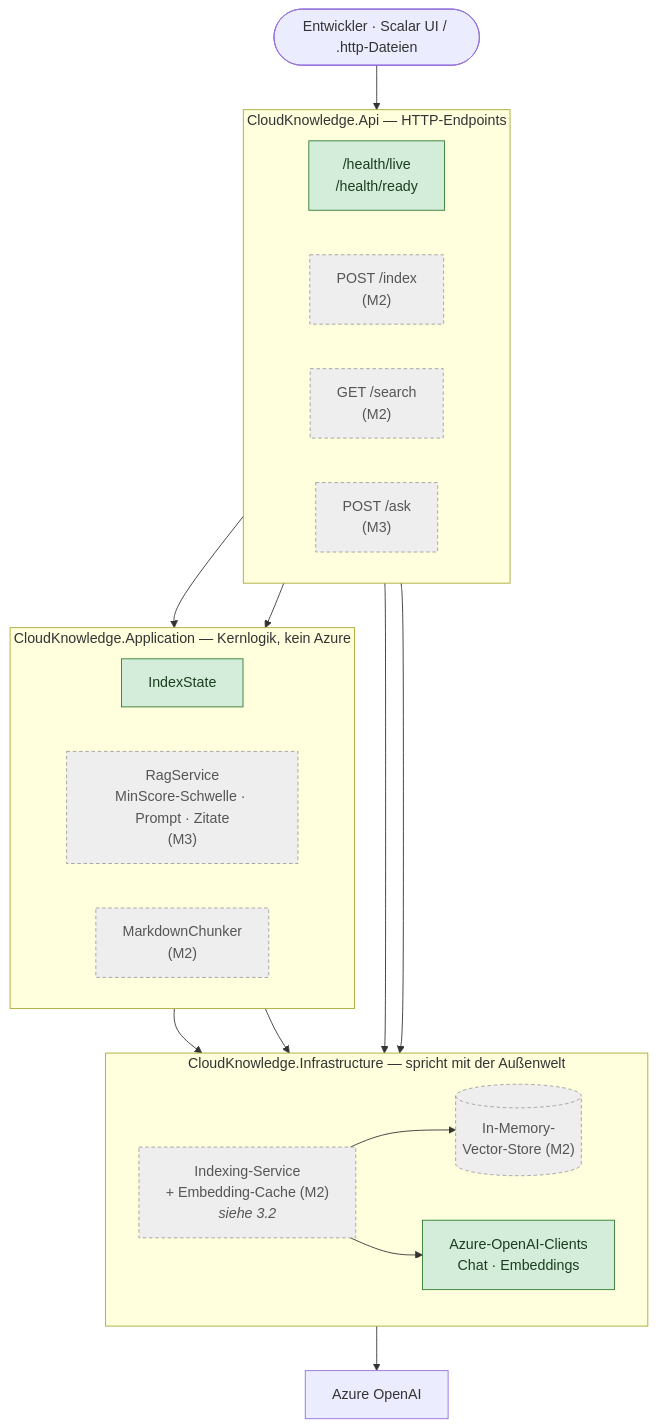
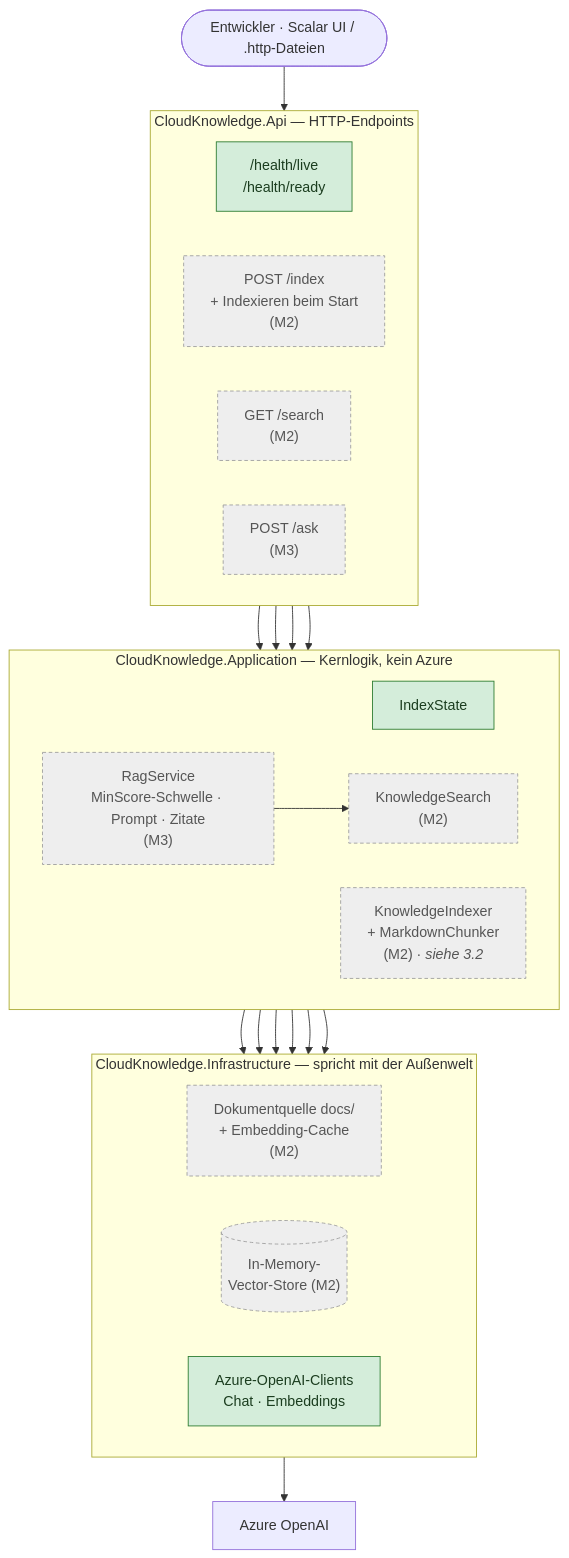
One commit to MyOnlineRepo/RAG-API changed the seventh of 9 diagrams in README.md. Above: the diagram before and after it, drawn with Mermaid. The commit also changed 2 other files, not shown here.

Commit message:
Replanning after M1: apply approved R1-R5 to SPEC
Paths resolved against the build output (R1), re-index semantics and
Knowledge:IndexOnStartup (R2), fake AI clients by default in the test
host (R3), preview InMemory connector accepted (R4), OpenAPI/Scalar in
M2 (R5). Decision log entries 12-16; README component diagram aligned
with SPEC §5 (indexer and search live in Application).

Claude-Session: https://claude.ai/code/session_01Dc82vGy8ytQDe2ecjw3PDt

````diff
--- a/README.md
+++ b/README.md
@@ -206,44 +206,48 @@
 ```mermaid
 flowchart TB
     User(["Entwickler · Scalar UI / .http-Dateien"])
 
     subgraph api["CloudKnowledge.Api — HTTP-Endpoints"]
         direction LR
         Health["/health/live<br/>/health/ready"]
-        Index["POST /index<br/>(M2)"]
+        Index["POST /index<br/>+ Indexieren beim Start<br/>(M2)"]
         Search["GET /search<br/>(M2)"]
         Ask["POST /ask<br/>(M3)"]
     end
 
     subgraph app["CloudKnowledge.Application — Kernlogik, kein Azure"]
         direction LR
         State["IndexState"]
+        Indexer["KnowledgeIndexer<br/>+ MarkdownChunker<br/>(M2) · <i>siehe 3.2</i>"]
+        KSearch["KnowledgeSearch<br/>(M2)"]
         Rag["RagService<br/>MinScore-Schwelle · Prompt · Zitate<br/>(M3)"]
-        Chunker["MarkdownChunker<br/>(M2)"]
     end
 
     subgraph infra["CloudKnowledge.Infrastructure — spricht mit der Außenwelt"]
         direction LR
+        Files["Dokumentquelle docs/<br/>+ Embedding-Cache<br/>(M2)"]
         Store[("In-Memory-<br/>Vector-Store (M2)")]
         Clients["Azure-OpenAI-Clients<br/>Chat · Embeddings"]
-        Indexer["Indexing-Service<br/>+ Embedding-Cache (M2)<br/><i>siehe 3.2</i>"]
     end
 
     AOAI["Azure OpenAI"]
 
     User --> api
     Health --> State
+    Index --> Indexer
+    Search --> KSearch
     Ask --> Rag
-    Search --> Store
-    Index --> Indexer
+    Indexer --> Files
     Indexer --> Store
     Indexer --> Clients
-    Rag --> Store
+    KSearch --> Store
+    KSearch --> Clients
+    Rag --> KSearch
     Rag --> Clients
     Clients --> AOAI
 
     classDef built fill:#d4edda,stroke:#2e7d32,color:#1b3d1f
     classDef planned fill:#eeeeee,stroke:#9e9e9e,color:#555555,stroke-dasharray: 4 3
     class Health,State,Clients built
-    class Search,Ask,Index,Chunker,Rag,Indexer,Store planned
+    class Index,Search,Ask,Indexer,KSearch,Rag,Files,Store planned
 ```
````
